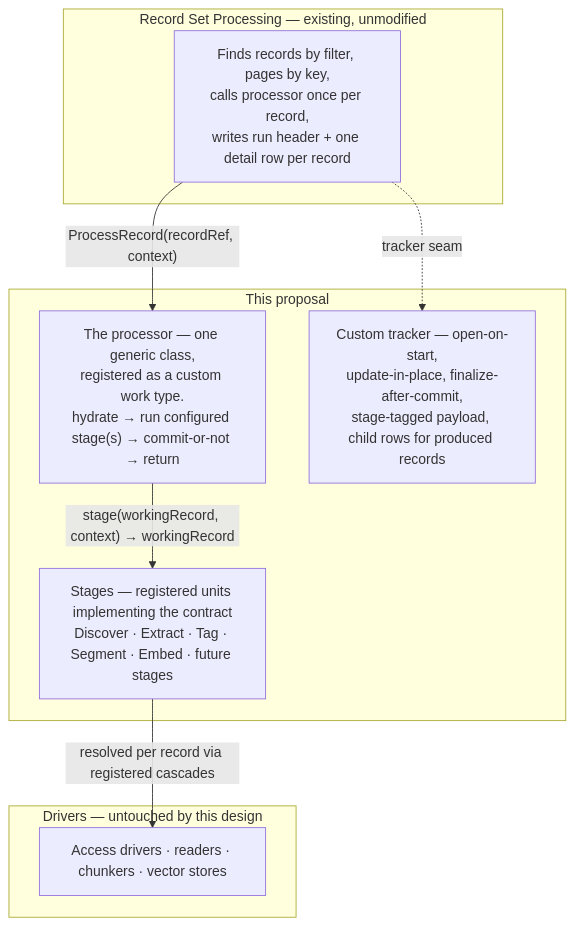
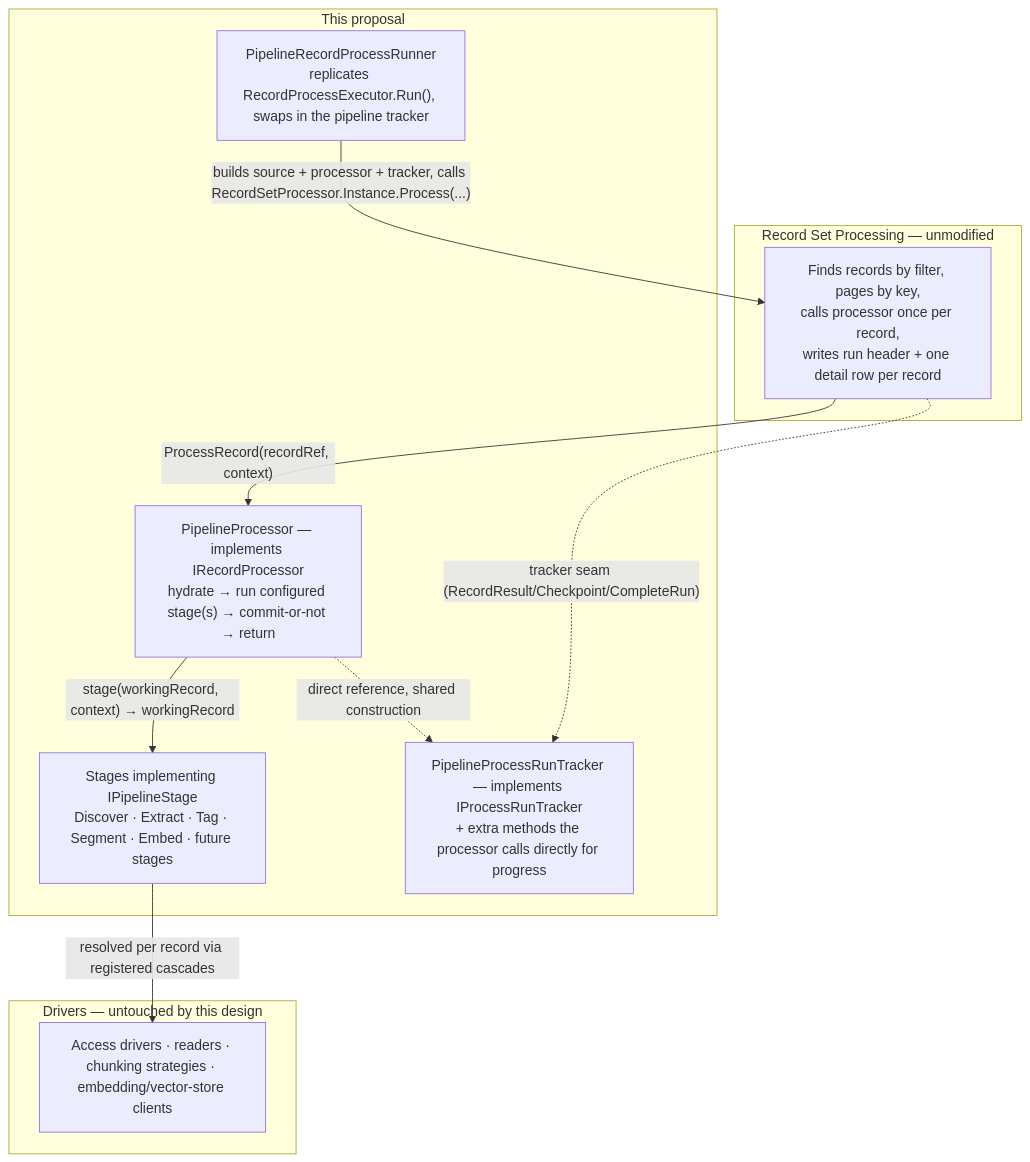
The second of 2 diagrams in plans/content-pipeline-framework.md (MemberJunction/MJ), drawn with Mermaid before and after one commit. The commit also changed other lines of this file, not shown here.

First line of the commit message:
Add per-phase implementation detail to content-pipeline-framework plan

````diff
--- a/plans/content-pipeline-framework.md
+++ b/plans/content-pipeline-framework.md
@@ -120,21 +116,24 @@
 ```mermaid
 flowchart TB
-    subgraph Platform["Record Set Processing — existing, unmodified"]
+    subgraph Platform["Record Set Processing — unmodified"]
         RSP["Finds records by filter, pages by key,<br/>calls processor once per record,<br/>writes run header + one detail row per record"]
     end
 
     subgraph Framework["This proposal"]
-        Processor["The processor — one generic class,<br/>registered as a custom work type.<br/>hydrate → run configured stage(s) → commit-or-not → return"]
-        Stages["Stages — registered units implementing the contract<br/>Discover · Extract · Tag · Segment · Embed · future stages"]
-        Tracker["Custom tracker — open-on-start,<br/>update-in-place, finalize-after-commit,<br/>stage-tagged payload, child rows for produced records"]
+        Runner["PipelineRecordProcessRunner<br/>replicates RecordProcessExecutor.Run(), swaps in the pipeline tracker"]
+        Processor["PipelineProcessor — implements IRecordProcessor<br/>hydrate → run configured stage(s) → commit-or-not → return"]
+        Stages["Stages implementing IPipelineStage<br/>Discover · Extract · Tag · Segment · Embed · future stages"]
+        Tracker["PipelineProcessRunTracker — implements IProcessRunTracker<br/>+ extra methods the processor calls directly for progress"]
     end
 
     subgraph Drivers["Drivers — untouched by this design"]
-        D["Access drivers · readers · chunkers · vector stores"]
+        D["Access drivers · readers · chunking strategies · embedding/vector-store clients"]
     end
 
+    Runner -->|"builds source + processor + tracker, calls RecordSetProcessor.Instance.Process(...)"| RSP
     RSP -->|"ProcessRecord(recordRef, context)"| Processor
     Processor -->|"stage(workingRecord, context) → workingRecord"| Stages
     Stages -->|"resolved per record via registered cascades"| D
-    RSP -.->|"tracker seam"| Tracker
+    Processor -. "direct reference, shared construction" .-> Tracker
+    RSP -.->|"tracker seam (RecordResult/Checkpoint/CompleteRun)"| Tracker
 ```
````
